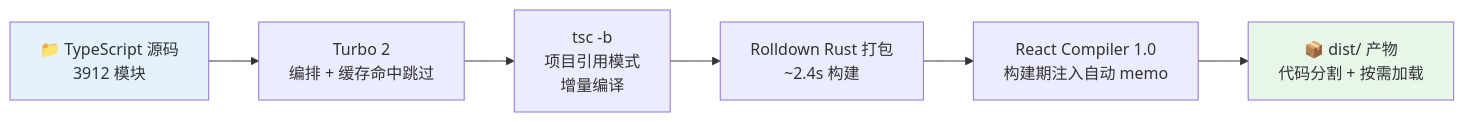
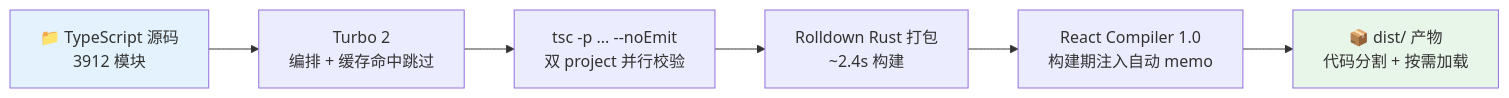
Before and after one commit to KMaybe01/interview-demo: diagram 30 of 49 in docs/S4-面试冲刺/00-面试技术亮点汇总.md, drawn with Mermaid. The commit also changed other lines of this file and 2 other files, not shown here.

````diff
--- a/docs/S4-面试冲刺/00-面试技术亮点汇总.md
+++ b/docs/S4-面试冲刺/00-面试技术亮点汇总.md
@@ -5036,11 +5135,11 @@
 ```mermaid
 graph LR
     SRC["📁 TypeScript 源码<br/>3912 模块"] --> TURBO["Turbo 2<br/>编排 + 缓存命中跳过"]
-    TURBO --> TSC["tsc -b<br/>项目引用模式<br/>增量编译"]
+    TURBO --> TSC["tsc -p ... --noEmit<br/>双 project 并行校验"]
     TSC --> ROLLDOWN["Rolldown Rust 打包<br/>~2.4s 构建"]
     ROLLDOWN --> BABEL["React Compiler 1.0<br/>构建期注入自动 memo"]
     BABEL --> DIST["📦 dist/ 产物<br/>代码分割 + 按需加载"]
 
     style SRC fill:#e3f2fd
     style DIST fill:#e8f5e9
 ```
````
